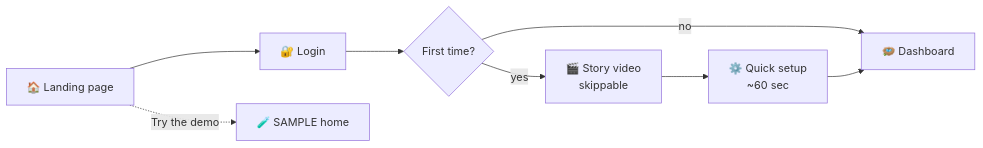
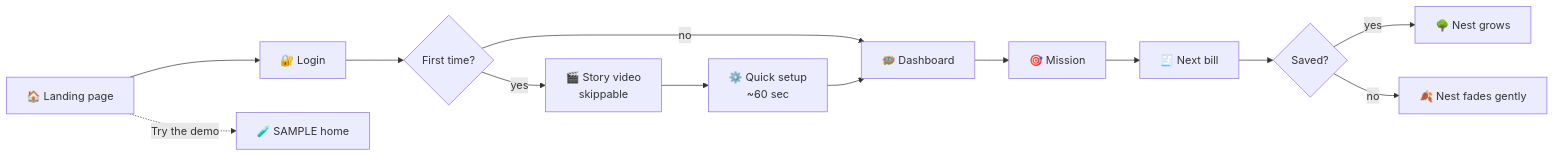
The first of 3 diagrams in README.md (harshil6-lab/sparrow), drawn with Mermaid before and after one commit. The commit also changed other lines of this file, not shown here.

````diff
--- a/README.md
+++ b/README.md
@@ -78,10 +90,15 @@
 ```mermaid
 flowchart LR
     A[🏠 Landing page] --> B[🔐 Login]
     B --> C{First time?}
     C -- yes --> D[🎬 Story video<br/>skippable]
     C -- no --> F
     D --> E[⚙️ Quick setup<br/>~60 sec]
     E --> F[🪺 Dashboard]
     A -. Try the demo .-> G[🧪 SAMPLE home]
+    F --> H[🎯 Mission]
+    H --> I[🧾 Next bill]
+    I --> J{Saved?}
+    J -- yes --> K[🌳 Nest grows]
+    J -- no --> L[🍂 Nest fades gently]
 ```
````
